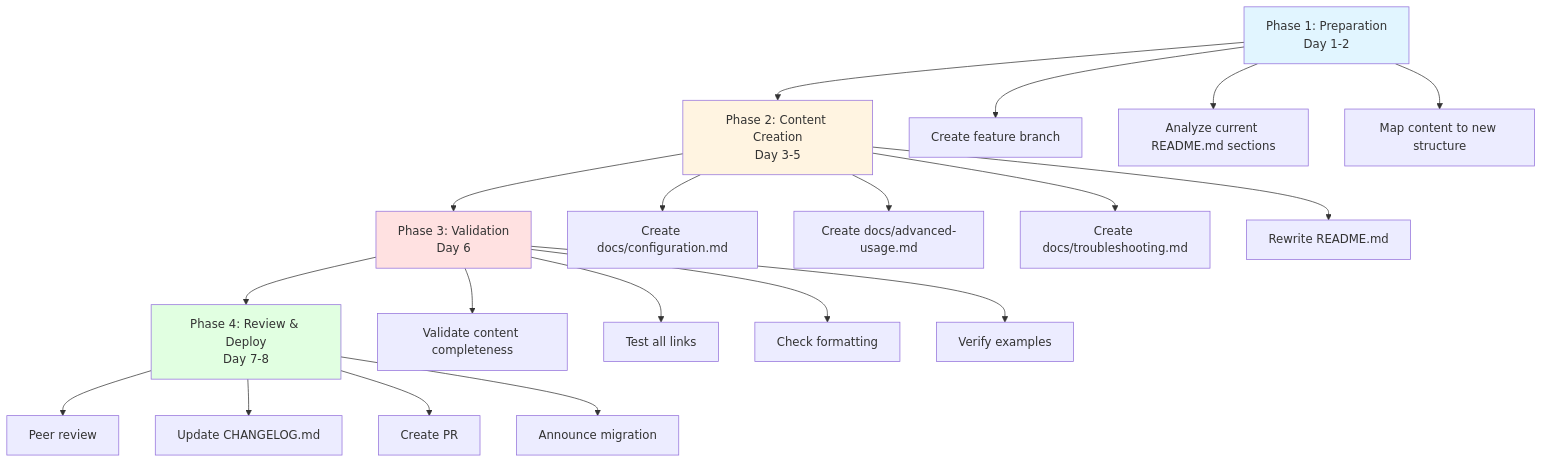
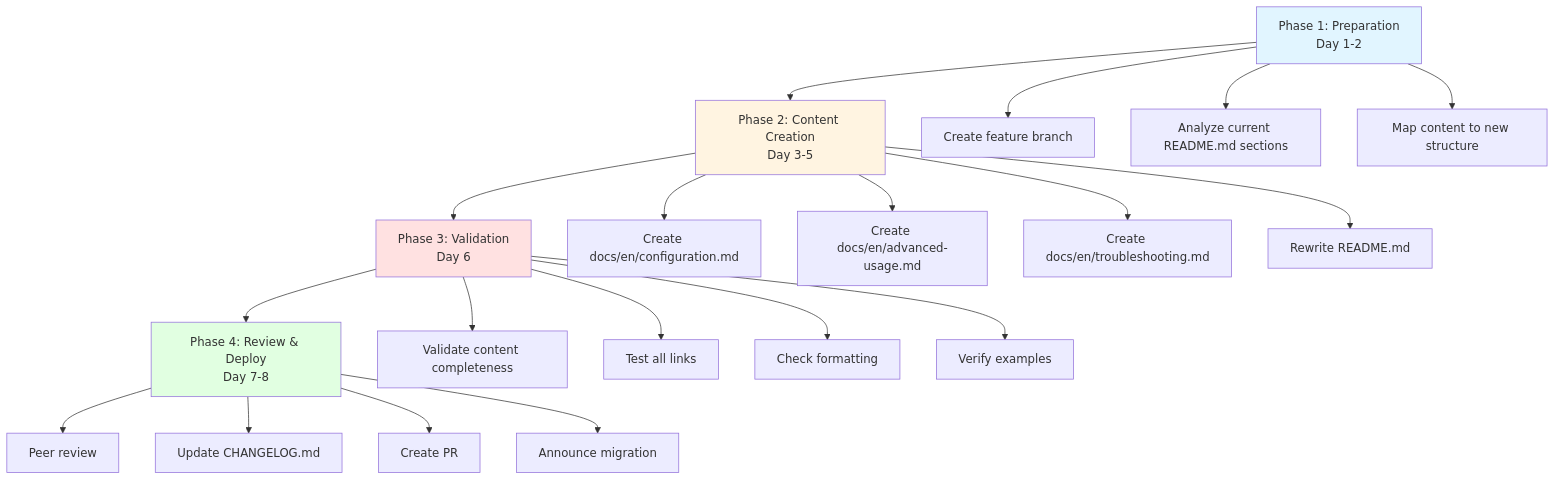
One commit to jey3dayo/pr-insights-labeler changed the fourth of 4 diagrams in .kiro/specs/readme-simplification/design.md. Above: the diagram before and after it, drawn with Mermaid. The commit also changed other lines of this file and 39 other files, not shown here.

````diff
--- a/.kiro/specs/readme-simplification/design.md
+++ b/.kiro/specs/readme-simplification/design.md
@@ -683,30 +683,30 @@
 ```mermaid
 flowchart TD
     Phase1[Phase 1: Preparation<br/>Day 1-2] --> Phase2[Phase 2: Content Creation<br/>Day 3-5]
     Phase2 --> Phase3[Phase 3: Validation<br/>Day 6]
     Phase3 --> Phase4[Phase 4: Review & Deploy<br/>Day 7-8]
 
     Phase1 --> Prep1[Create feature branch]
     Phase1 --> Prep2[Analyze current README.md sections]
     Phase1 --> Prep3[Map content to new structure]
 
-    Phase2 --> Create1[Create docs/configuration.md]
-    Phase2 --> Create2[Create docs/advanced-usage.md]
-    Phase2 --> Create3[Create docs/troubleshooting.md]
+    Phase2 --> Create1[Create docs/en/configuration.md]
+    Phase2 --> Create2[Create docs/en/advanced-usage.md]
+    Phase2 --> Create3[Create docs/en/troubleshooting.md]
     Phase2 --> Create4[Rewrite README.md]
 
     Phase3 --> Val1[Validate content completeness]
     Phase3 --> Val2[Test all links]
     Phase3 --> Val3[Check formatting]
     Phase3 --> Val4[Verify examples]
 
     Phase4 --> Rev1[Peer review]
     Phase4 --> Rev2[Update CHANGELOG.md]
     Phase4 --> Rev3[Create PR]
     Phase4 --> Rev4[Announce migration]
 
     style Phase1 fill:#e1f5ff
     style Phase2 fill:#fff4e1
     style Phase3 fill:#ffe1e1
     style Phase4 fill:#e1ffe1
 ```
````
